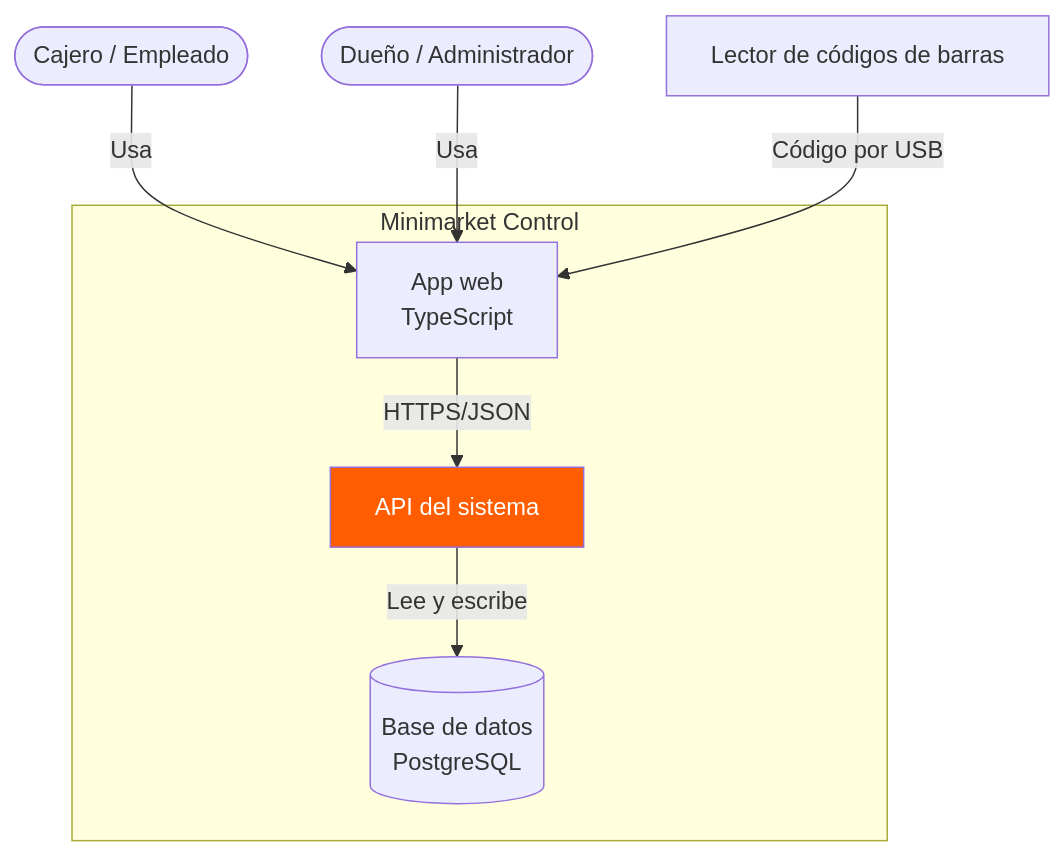
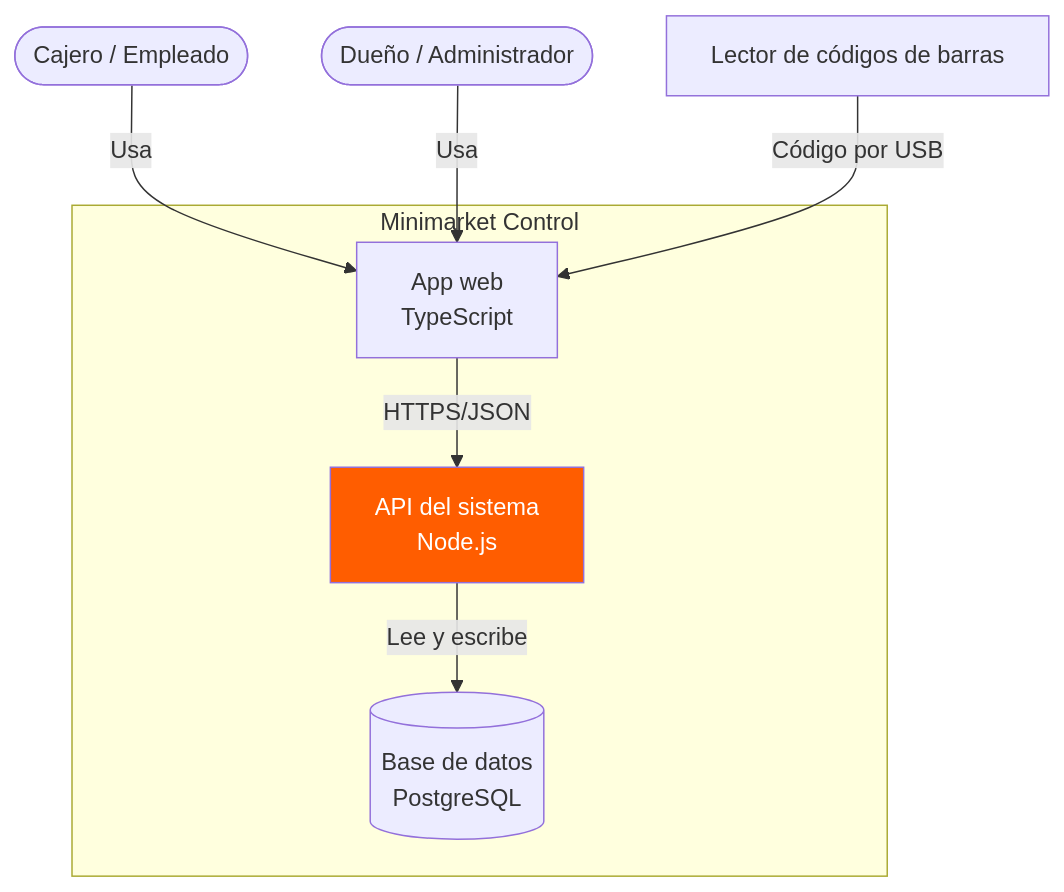
The second of 5 diagrams in docs/arch/Diagramas-de-arquitectura-Minimarket-Control.md (Invader395/Ingenieria-de-Software), drawn with Mermaid before and after one commit. The commit also changed other lines of this file, not shown here.

Commit message:
Refactor class names and update API details

````diff
--- a/docs/arch/Diagramas-de-arquitectura-Minimarket-Control.md
+++ b/docs/arch/Diagramas-de-arquitectura-Minimarket-Control.md
@@ -21,21 +21,21 @@
 ```mermaid
 flowchart TD
     admin(["Dueño / Administrador"])
     cajero(["Cajero / Empleado"])
 
     subgraph sistema["Minimarket Control"]
         web["App web<br/>TypeScript"]
-        api["API del sistema"]
+        api["API del sistema<br/>Node.js"]
         db[("Base de datos<br/>PostgreSQL")]
     end
 
     lector["Lector de códigos de barras"]
 
     cajero -->|Usa| web
     admin -->|Usa| web
     web -->|HTTPS/JSON| api
     api -->|Lee y escribe| db
     lector -->|Código por USB| web
 
     style api fill:#ff5d00,color:#fff
 ```
````
